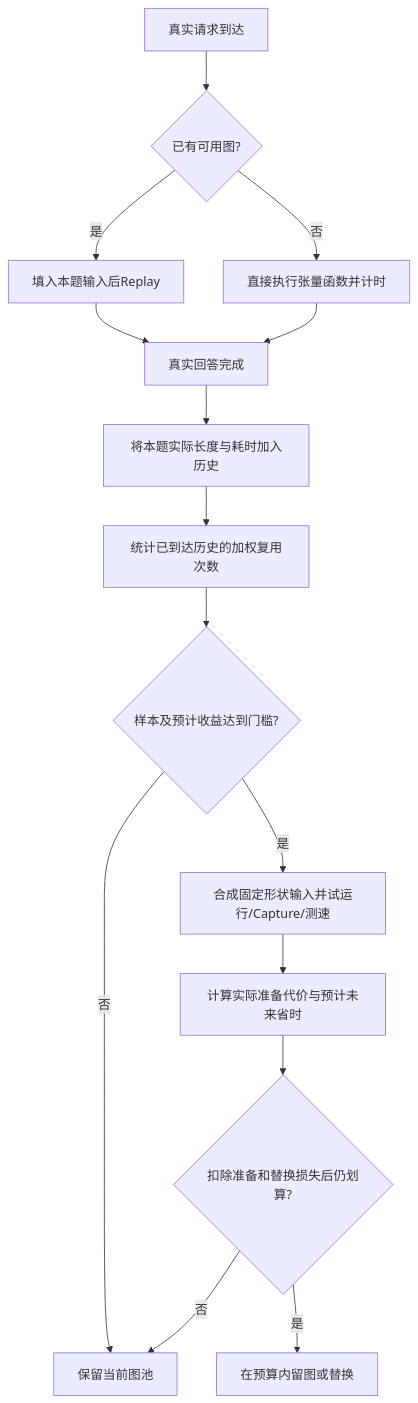
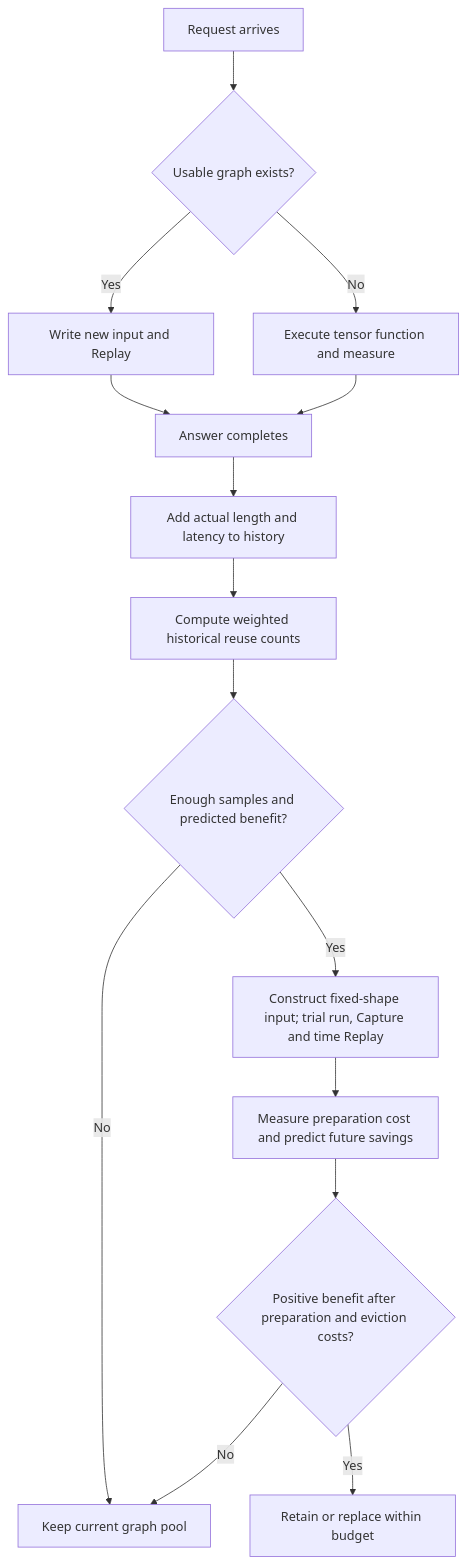
The diagram in docs/INFERENCE.md (NewtonLebnitz/from-scratch-llm), drawn with Mermaid before and after one commit. The commit also changed other lines of this file and 10 other files, not shown here.

````diff
--- a/docs/INFERENCE.md
+++ b/docs/INFERENCE.md
@@ -17,17 +17,17 @@
 ```mermaid
-flowchart TD
- A[真实请求到达] --> B{已有可用图?}
- B -->|是| C[填入本题输入后Replay]
- B -->|否| D[直接执行张量函数并计时]
- C --> E[真实回答完成]
+flowchart TB
+ A[Request arrives] --> B{Usable graph exists?}
+ B -->|Yes| C[Write new input and Replay]
+ B -->|No| D[Execute tensor function and measure]
+ C --> E[Answer completes]
  D --> E
- E --> F[将本题实际长度与耗时加入历史]
- F --> G[统计已到达历史的加权复用次数]
- G --> H{样本及预计收益达到门槛?}
- H -->|否| Z[保留当前图池]
- H -->|是| J[合成固定形状输入并试运行/Capture/测速]
- J --> K[计算实际准备代价与预计未来省时]
- K --> L{扣除准备和替换损失后仍划算?}
- L -->|是| M[在预算内留图或替换]
- L -->|否| Z
+ E --> F[Add actual length and latency to history]
+ F --> G[Compute weighted historical reuse counts]
+ G --> H{Enough samples and predicted benefit?}
+ H -->|No| Z[Keep current graph pool]
+ H -->|Yes| J[Construct fixed-shape input; trial run, Capture and time Replay]
+ J --> K[Measure preparation cost and predict future savings]
+ K --> L{Positive benefit after preparation and eviction costs?}
+ L -->|Yes| M[Retain or replace within budget]
+ L -->|No| Z
 ```
````
